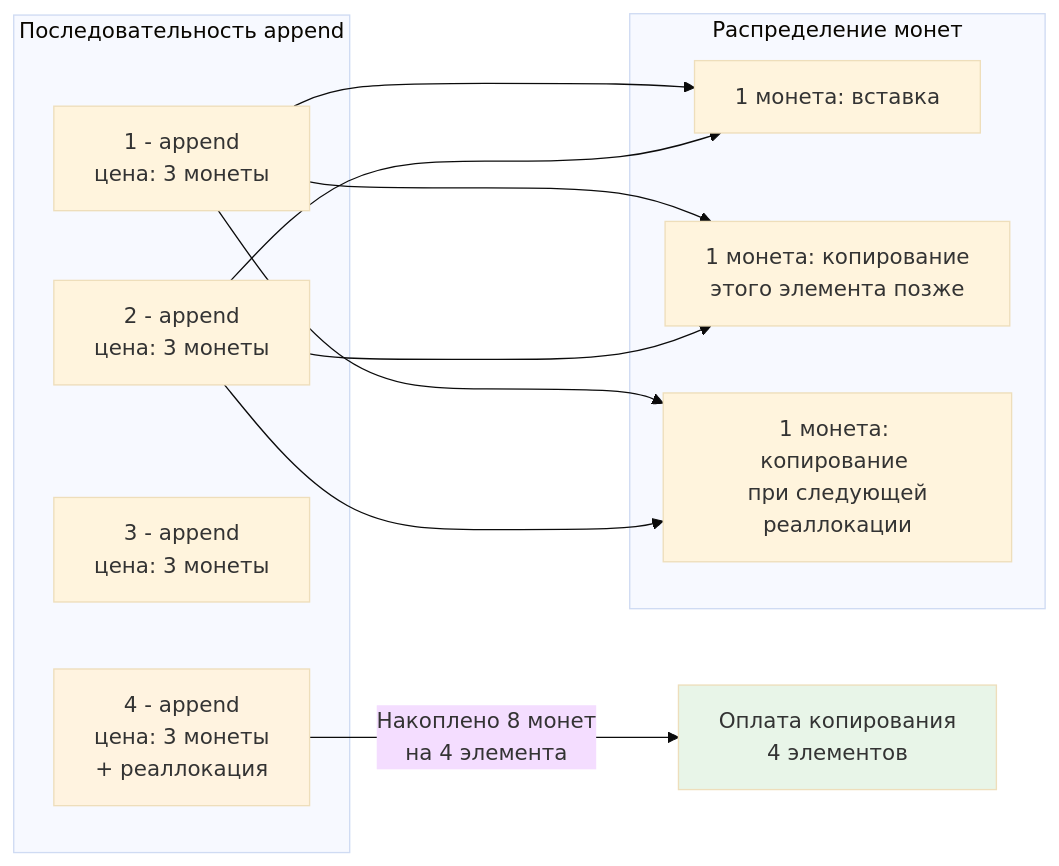
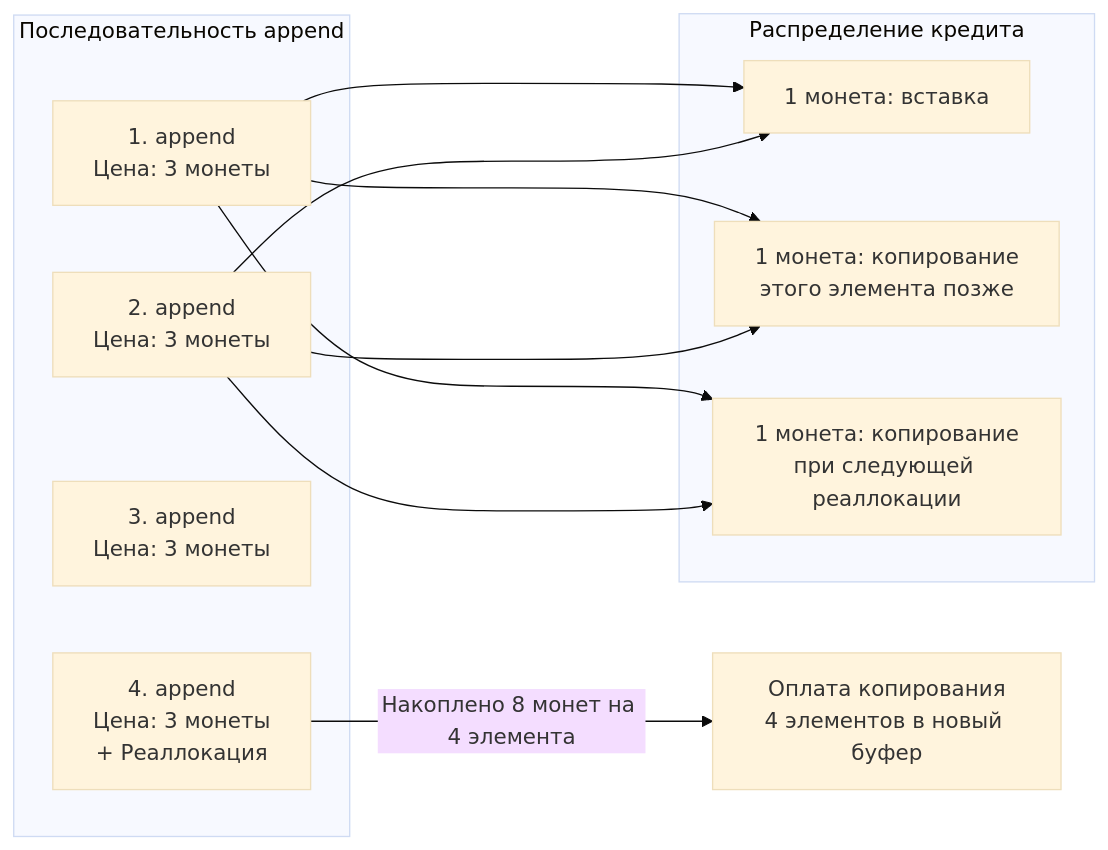
One commit to UnrealTemplier/go-textbook changed the second of 3 diagrams in sources/20. Алгоритмы и структуры данных (DSA) на Go/01. Введение/3. Амортизированный анализ.md. Above: the diagram before and after it, drawn with Mermaid (base theme). The commit also changed other lines of this file, not shown here.

````diff
--- a/sources/20. Алгоритмы и структуры данных (DSA) на Go/01. Введение/3. Амортизированный анализ.md
+++ b/sources/20. Алгоритмы и структуры данных (DSA) на Go/01. Введение/3. Амортизированный анализ.md
@@ -65,26 +110,23 @@
 ```mermaid
 flowchart LR
     subgraph Operations["Последовательность append"]
-        A1["1 - append <br> цена: 3 монеты"]
-        A2["2 - append <br> цена: 3 монеты"]
-        A3["3 - append <br> цена: 3 монеты"]
-        A4["4 - append <br> цена: 3 монеты <br> + реаллокация"]
+        A1["1. append<br/>Цена: 3 монеты"]
+        A2["2. append<br/>Цена: 3 монеты"]
+        A3["3. append<br/>Цена: 3 монеты"]
+        A4["4. append<br/>Цена: 3 монеты<br/>+ Реаллокация"]
     end
 
-    subgraph Accounting["Распределение монет"]
+    subgraph Accounting["Распределение кредита"]
         C1["1 монета: вставка"]
-        C2["1 монета: копирование <br> этого элемента позже"]
-        C3["1 монета: копирование <br> при следующей реаллокации"]
+        C2["1 монета: копирование<br/>этого элемента позже"]
+        C3["1 монета: копирование<br/>при следующей реаллокации"]
     end
 
     A1 --> C1
     A1 --> C2
     A1 --> C3
     A2 --> C1
     A2 --> C2
     A2 --> C3
-    A4 -->|Накоплено 8 монет <br> на 4 элемента| Realloc["Оплата копирования <br> 4 элементов"]
-
-    style A4 fill:#fff3e0
-    style Realloc fill:#e8f5e8
+    A4 -->|"Накоплено 8 монет на 4 элемента"| Realloc["Оплата копирования<br/>4 элементов в новый буфер"]
 ```
````
